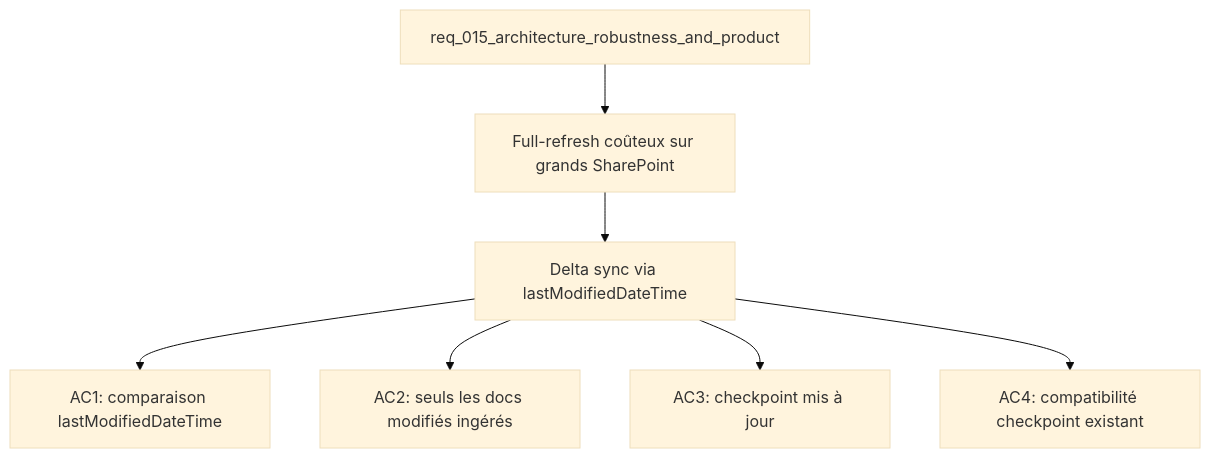
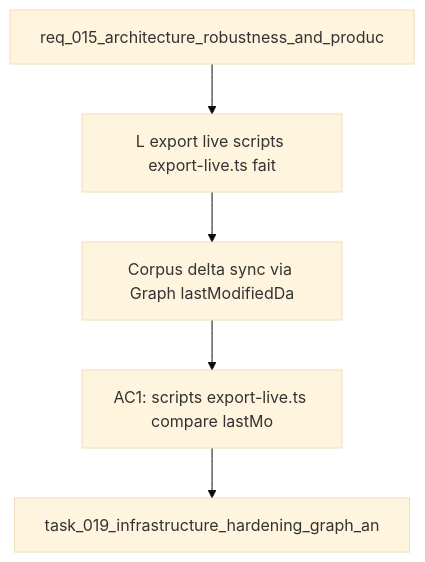
Before and after one commit to AlexAgo83/deepvault: the diagram in logics/backlog/item_054_corpus_delta_sync_via_graph_lastmodified.md, drawn with Mermaid (base theme). The commit also changed 57 other files, not shown here.

````diff
--- a/logics/backlog/item_054_corpus_delta_sync_via_graph_lastmodified.md
+++ b/logics/backlog/item_054_corpus_delta_sync_via_graph_lastmodified.md
@@ -21,11 +21,9 @@
 ```mermaid
 %% logics-kind: backlog
 %% logics-signature: backlog|corpus-delta-sync-via-graph-lastmodified|req-015-architecture-robustness-and-prod|l-export-live-scripts-export-live-ts-fai|ac1-scripts-export-live-ts-compare-lastm
 flowchart TD
-    Request[req_015_architecture_robustness_and_product] --> Problem[Full-refresh coûteux sur grands SharePoint]
-    Problem --> Scope[Delta sync via lastModifiedDateTime]
-    Scope --> AC1[AC1: comparaison lastModifiedDateTime]
-    Scope --> AC2[AC2: seuls les docs modifiés ingérés]
-    Scope --> AC3[AC3: checkpoint mis à jour]
-    Scope --> AC4[AC4: compatibilité checkpoint existant]
+    Request[req_015_architecture_robustness_and_produc] --> Problem[L export live scripts export-live.ts fait]
+    Problem --> Scope[Corpus delta sync via Graph lastModifiedDa]
+    Scope --> Acceptance[AC1: scripts export-live.ts compare lastMo]
+    Acceptance --> Tasks[task_019_infrastructure_hardening_graph_an]
 ```
````
